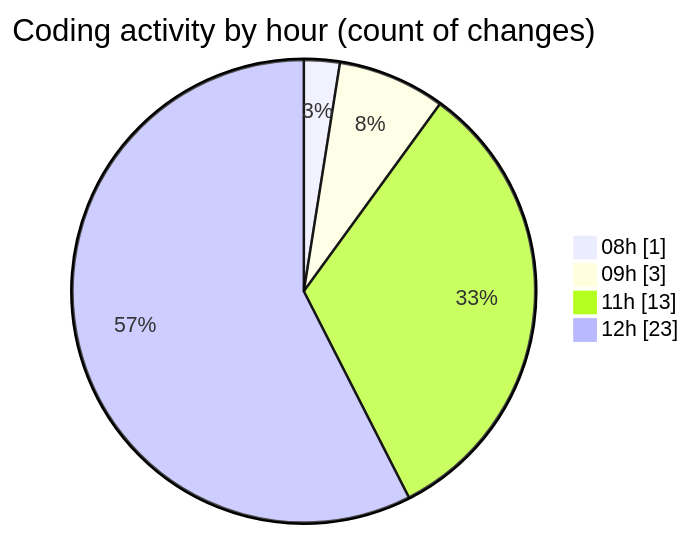
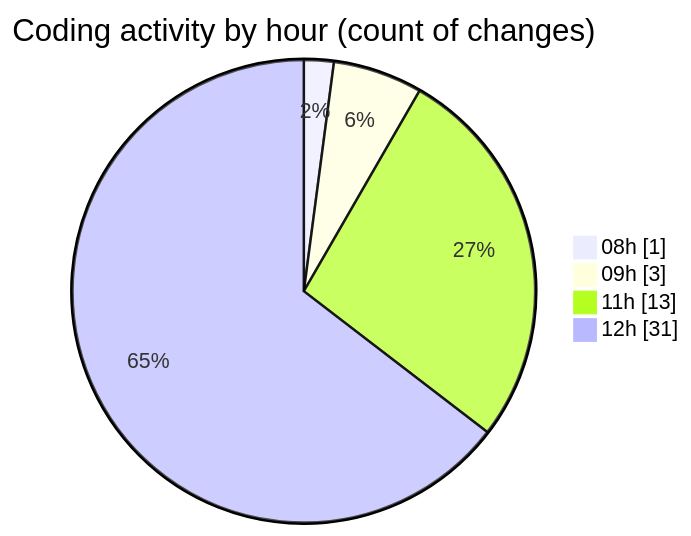
The second of 2 diagrams in 2025-11-04/cda/README.md (momahboobian/code-tracking), drawn with Mermaid before and after one commit. The commit also changed other lines of this file and 1 other file, not shown here.

````diff
--- a/2025-11-04/cda/README.md
+++ b/2025-11-04/cda/README.md
@@ -40,8 +47,8 @@
 ```mermaid
 pie showData
 title Coding activity by hour (count of changes)
 "08h" : 1
 "09h" : 3
 "11h" : 13
-"12h" : 23
+"12h" : 31
 ```
````
